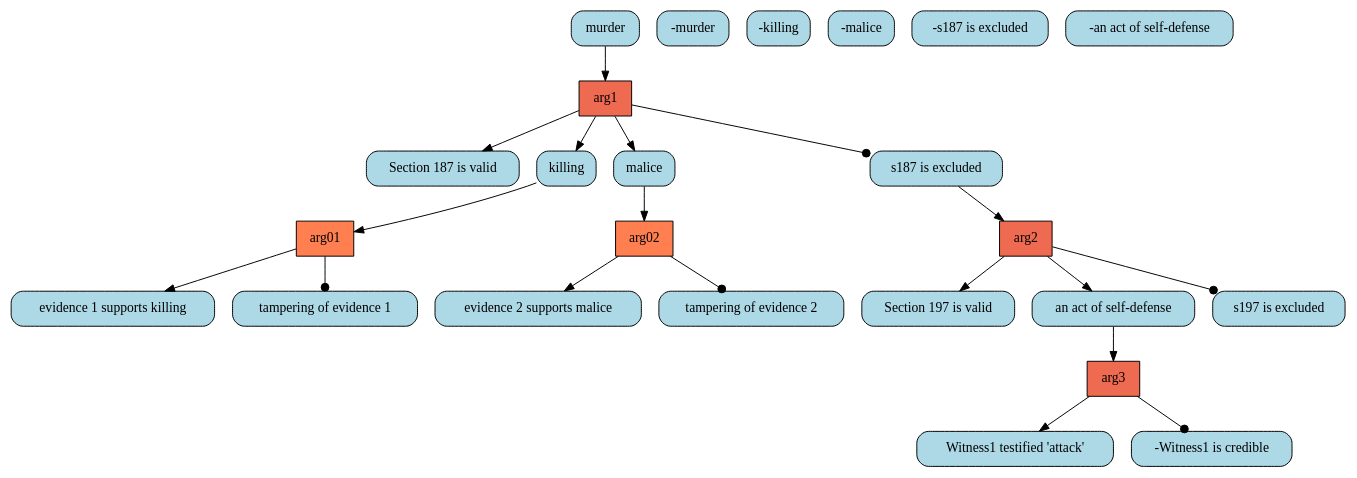
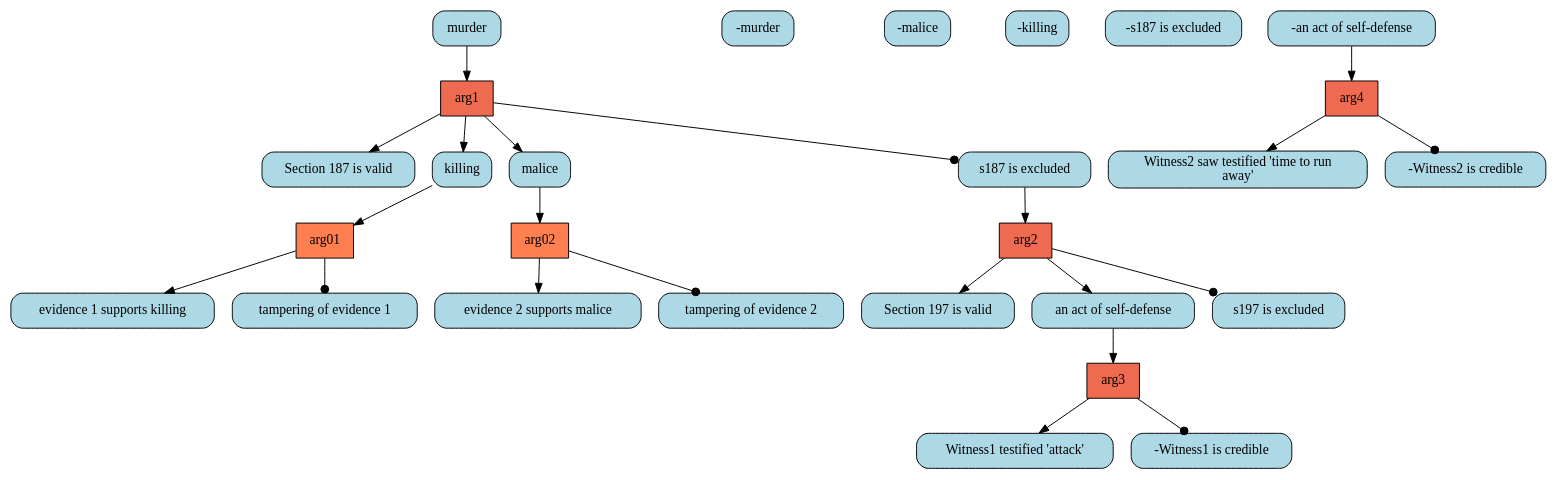
The diagram in system/dot/example2/1_final.dot (goweiting/carneades-ext), drawn with Graphviz before and after one commit. The commit also changed 20 other files, not shown here.

```diff
--- a/system/dot/example2/1_final.dot
+++ b/system/dot/example2/1_final.dot
@@ -1,44 +1,50 @@
 digraph G{ 
 "arg1" [color="black", fillcolor="coral2",fixedsize=false, shape=box, style="filled"]; 
 "murder" [color="black", fillcolor="lightblue", fixedsize=false,  shape="box", style="rounded,filled"]; 
 "-murder" [color="black", fillcolor="lightblue", fixedsize=false,  shape="box", style="rounded,filled"]; 
 "Section 187 is valid" [color="black", fillcolor="lightblue", fixedsize=false,  shape="box", style="rounded,filled"]; 
 "killing" [color="black", fillcolor="lightblue", fixedsize=false,  shape="box", style="rounded,filled"]; 
 "malice" [color="black", fillcolor="lightblue", fixedsize=false,  shape="box", style="rounded,filled"]; 
 "s187 is excluded" [color="black", fillcolor="lightblue", fixedsize=false,  shape="box", style="rounded,filled"]; 
+"arg02" [color="black", fillcolor="coral",fixedsize=false, shape=box, style="filled"]; 
+"-malice" [color="black", fillcolor="lightblue", fixedsize=false,  shape="box", style="rounded,filled"]; 
+"evidence 2 supports malice" [color="black", fillcolor="lightblue", fixedsize=false,  shape="box", style="rounded,filled"]; 
+"tampering of evidence 2" [color="black", fillcolor="lightblue", fixedsize=false,  shape="box", style="rounded,filled"]; 
 "arg01" [color="black", fillcolor="coral",fixedsize=false, shape=box, style="filled"]; 
 "-killing" [color="black", fillcolor="lightblue", fixedsize=false,  shape="box", style="rounded,filled"]; 
 "evidence 1 supports killing" [color="black", fillcolor="lightblue", fixedsize=false,  shape="box", style="rounded,filled"]; 
 "tampering of evidence 1" [color="black", fillcolor="lightblue", fixedsize=false,  shape="box", style="rounded,filled"]; 
-"arg02" [color="black", fillcolor="coral",fixedsize=false, shape=box, style="filled"]; 
-"-malice" [color="black", fillcolor="lightblue", fixedsize=false,  shape="box", style="rounded,filled"]; 
-"evidence 2 supports malice" [color="black", fillcolor="lightblue", fixedsize=false,  shape="box", style="rounded,filled"]; 
-"tampering of evidence 2" [color="black", fillcolor="lightblue", fixedsize=false,  shape="box", style="rounded,filled"]; 
 "arg2" [color="black", fillcolor="coral2",fixedsize=false, shape=box, style="filled"]; 
 "-s187 is excluded" [color="black", fillcolor="lightblue", fixedsize=false,  shape="box", style="rounded,filled"]; 
 "Section 197 is valid" [color="black", fillcolor="lightblue", fixedsize=false,  shape="box", style="rounded,filled"]; 
 "an act of self-defense" [color="black", fillcolor="lightblue", fixedsize=false,  shape="box", style="rounded,filled"]; 
 "s197 is excluded" [color="black", fillcolor="lightblue", fixedsize=false,  shape="box", style="rounded,filled"]; 
 "arg3" [color="black", fillcolor="coral2",fixedsize=false, shape=box, style="filled"]; 
 "-an act of self-defense" [color="black", fillcolor="lightblue", fixedsize=false,  shape="box", style="rounded,filled"]; 
 "Witness1 testified 'attack'" [color="black", fillcolor="lightblue", fixedsize=false,  shape="box", style="rounded,filled"]; 
 "-Witness1 is credible" [color="black", fillcolor="lightblue", fixedsize=false,  shape="box", style="rounded,filled"]; 
+"arg4" [color="black", fillcolor="coral2",fixedsize=false, shape=box, style="filled"]; 
+"Witness2 saw testified 'time to run\naway'" [color="black", fillcolor="lightblue", fixedsize=false,  shape="box", style="rounded,filled"]; 
+"-Witness2 is credible" [color="black", fillcolor="lightblue", fixedsize=false,  shape="box", style="rounded,filled"]; 
 "murder" -> "arg1" ; 
 "arg1" -> "Section 187 is valid" ; 
 "arg1" -> "killing" ; 
 "arg1" -> "malice" ; 
 "arg1" -> "s187 is excluded" [arrowhead=dot] ; 
+"malice" -> "arg02" ; 
+"arg02" -> "evidence 2 supports malice" ; 
+"arg02" -> "tampering of evidence 2" [arrowhead=dot] ; 
 "killing" -> "arg01" ; 
 "arg01" -> "evidence 1 supports killing" ; 
 "arg01" -> "tampering of evidence 1" [arrowhead=dot] ; 
-"malice" -> "arg02" ; 
-"arg02" -> "evidence 2 supports malice" ; 
-"arg02" -> "tampering of evidence 2" [arrowhead=dot] ; 
 "s187 is excluded" -> "arg2" ; 
 "arg2" -> "Section 197 is valid" ; 
 "arg2" -> "an act of self-defense" ; 
 "arg2" -> "s197 is excluded" [arrowhead=dot] ; 
 "an act of self-defense" -> "arg3" ; 
 "arg3" -> "Witness1 testified 'attack'" ; 
 "arg3" -> "-Witness1 is credible" [arrowhead=dot] ; 
+"-an act of self-defense" -> "arg4" ; 
+"arg4" -> "Witness2 saw testified 'time to run\naway'" ; 
+"arg4" -> "-Witness2 is credible" [arrowhead=dot] ; 
 }
```
